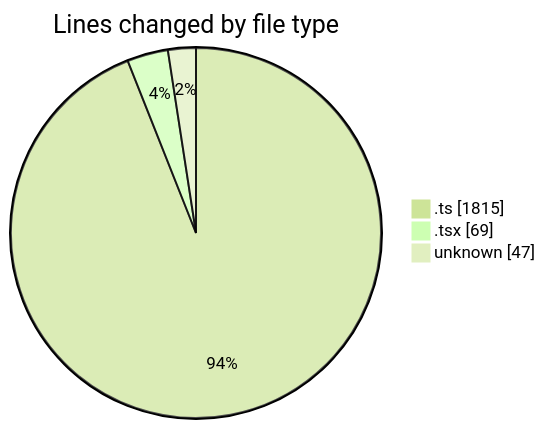
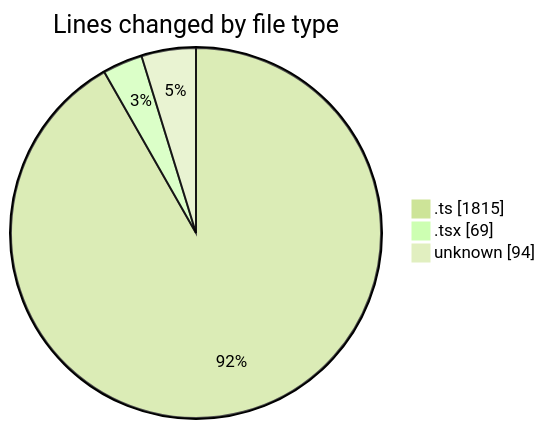
Before and after one commit to momahboobian/code-tracking: the first of 2 diagrams in 2025-09-11/cda/README.md, drawn with Mermaid (forest theme). The commit also changed other lines of this file and 1 other file, not shown here.

````diff
--- a/2025-09-11/cda/README.md
+++ b/2025-09-11/cda/README.md
@@ -29,7 +29,7 @@
 ```mermaid
 pie showData
 title Lines changed by file type
 ".ts" : 1815
 ".tsx" : 69
-"unknown" : 47
+"unknown" : 94
 ```
````
